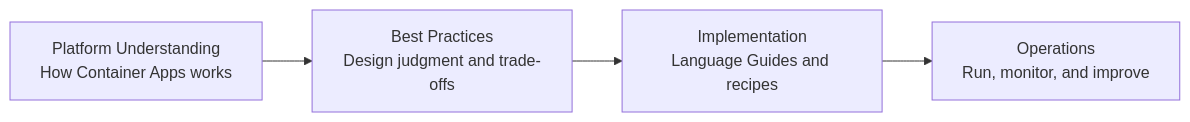
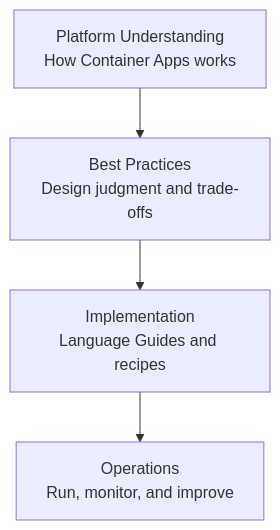
Before and after one commit to yeongseon/azure-container-apps-practical-guide: the diagram in docs/best-practices/index.md, drawn with Mermaid. The commit also changed 144 other files, not shown here.

First line of the commit message:
docs: convert LR diagrams to TD for readability and add orientation rule

````diff
--- a/docs/best-practices/index.md
+++ b/docs/best-practices/index.md
@@ -30,6 +30,6 @@
 ```mermaid
-flowchart LR
+flowchart TD
     A[Platform Understanding<br/>How Container Apps works] --> B[Best Practices<br/>Design judgment and trade-offs]
     B --> C[Implementation<br/>Language Guides and recipes]
     C --> D[Operations<br/>Run, monitor, and improve]
 ```
````
